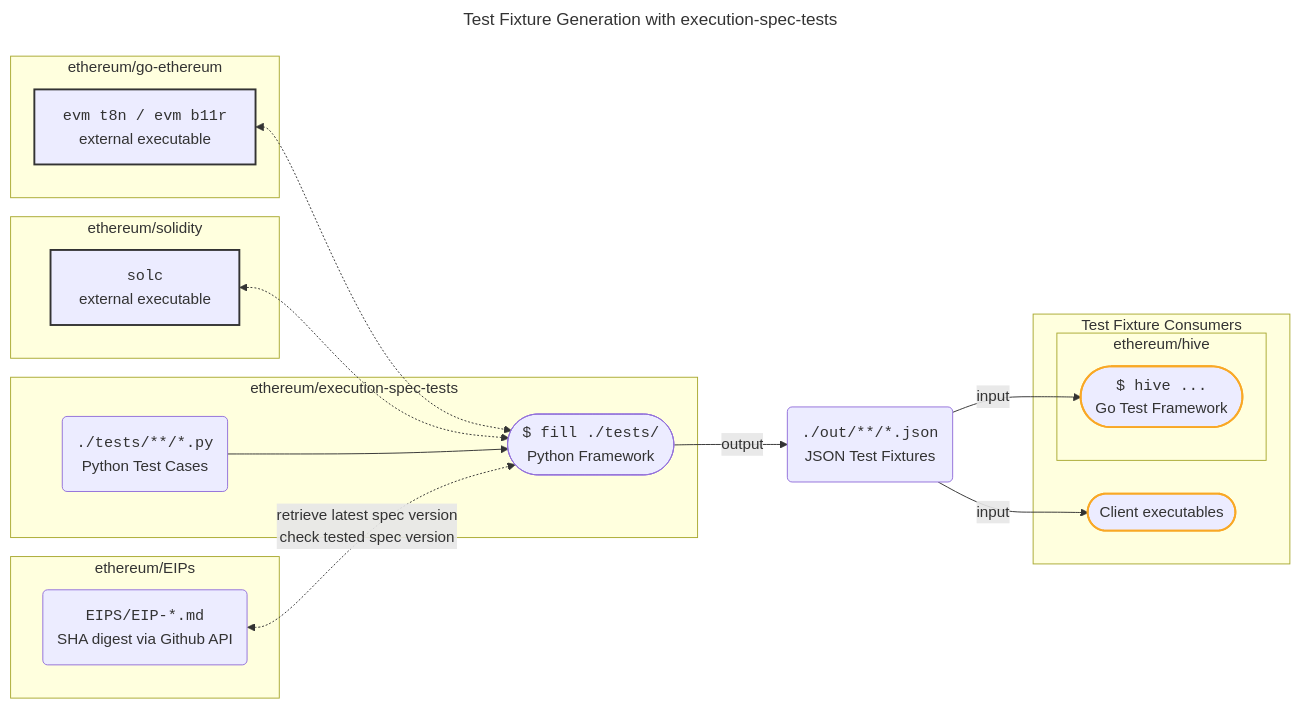
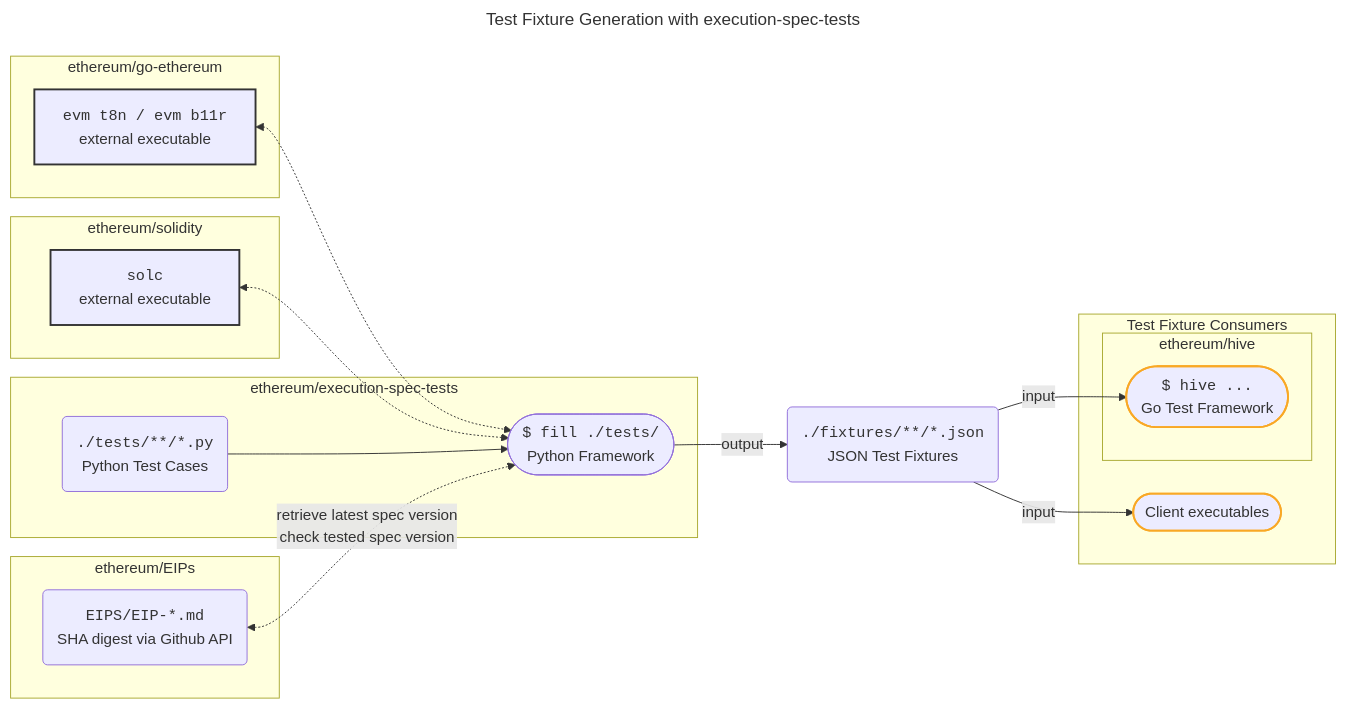
One commit to ethereum/execution-spec-tests changed the diagram in README.md. Above: the diagram before and after it, drawn with Mermaid. The commit also changed other lines of this file and 1 other file, not shown here.

Commit message:
docs: fix fixture output path in mermaid chart
Also, talk less about filling in the first paragraph.

````diff
--- a/README.md
+++ b/README.md
@@ -8,42 +8,42 @@
 ```mermaid
 ---
 title: Test Fixture Generation with execution-spec-tests
 ---
 flowchart LR
   style C stroke:#333,stroke-width:2px
   style D stroke:#333,stroke-width:2px
   style G stroke:#F9A825,stroke-width:2px
   style H stroke:#F9A825,stroke-width:2px
   
   subgraph ethereum/go-ethereum
     C[<code>evm t8n / evm b11r</code>\nexternal executable]
   end
 
   subgraph ethereum/solidity
     D[<code>solc</code>\nexternal executable]
   end
 
   subgraph ethereum/EIPs
     E(<code>EIPS/EIP-*.md</code>\nSHA digest via Github API)
   end
 
   subgraph "ethereum/execution-spec-tests"
     A(<code>./tests/**/*.py</code>\nPython Test Cases)
     B([<code>$ fill ./tests/</code>\nPython Framework])
   end
 
   subgraph Test Fixture Consumers
     subgraph ethereum/hive
       G([<code>$ hive ...</code>\nGo Test Framework])
     end
     H([Client executables])
   end
 
   C <-.-> B  
   D <-.-> B
   A --> B
   E <-.-> |retrieve latest spec version\ncheck tested spec version| B
-  B -->|output| F(<code>./out/**/*.json</code>\nJSON Test Fixtures)
+  B -->|output| F(<code>./fixtures/**/*.json</code>\nJSON Test Fixtures)
   F -->|input| G
   F -->|input| H
 ```
````
